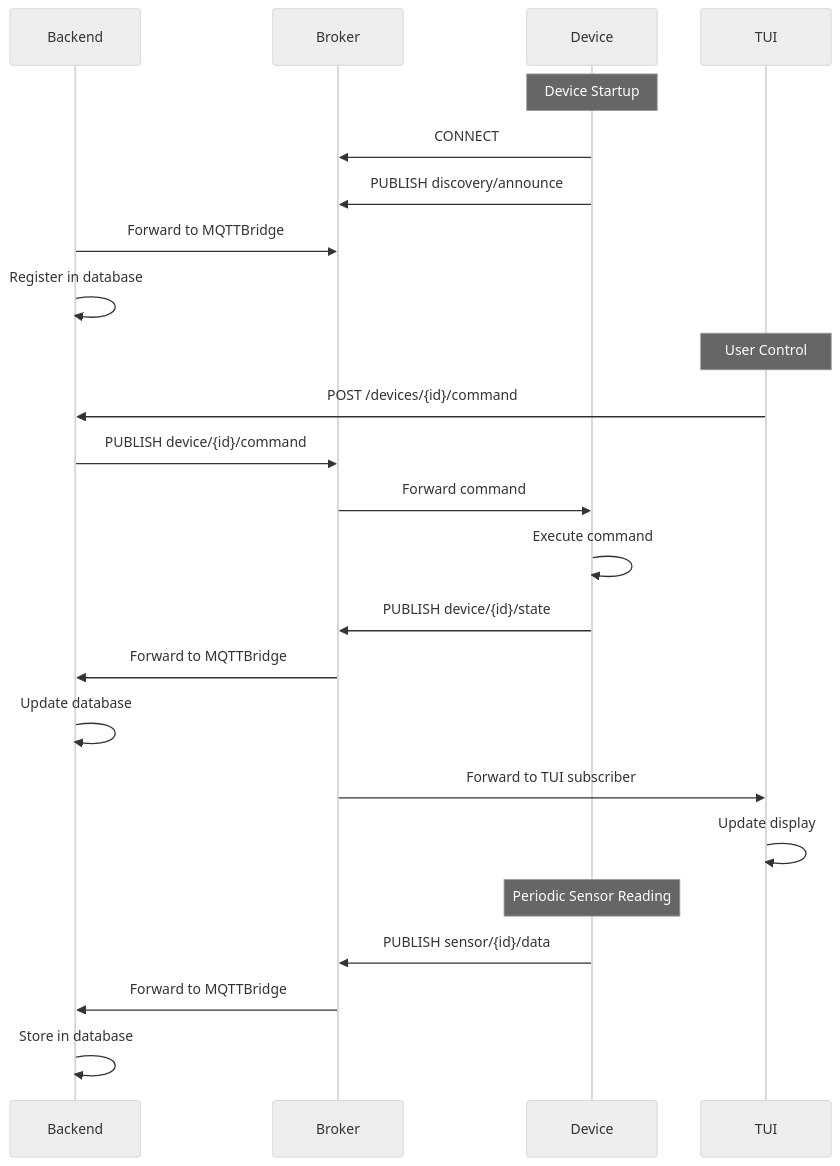
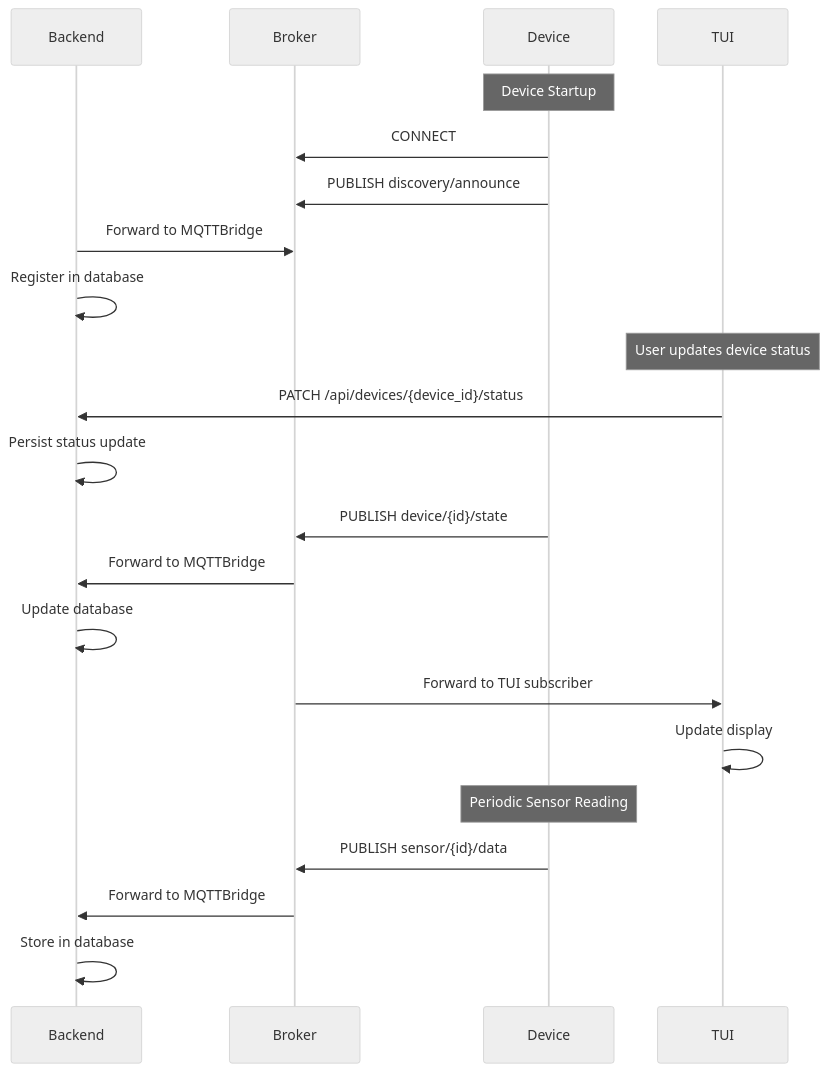
The fourth of 10 diagrams in docs/architecture.md (KrystianSpiewak/SmartNest), drawn with Mermaid (neutral theme) before and after one commit. The commit also changed other lines of this file and 12 other files, not shown here.

````diff
--- a/docs/architecture.md
+++ b/docs/architecture.md
@@ -301,29 +256,27 @@
 ```mermaid
 sequenceDiagram
     participant Backend
     participant Broker
     participant Device
     participant TUI
 
     Note over Device: Device Startup
     Device->>Broker: CONNECT
     Device->>Broker: PUBLISH discovery/announce
     Backend->>Broker: Forward to MQTTBridge
     Backend->>Backend: Register in database
     
-    Note over TUI: User Control
-    TUI->>Backend: POST /devices/{id}/command
-    Backend->>Broker: PUBLISH device/{id}/command
-    Broker->>Device: Forward command
-    Device->>Device: Execute command
+    Note over TUI: User updates device status
+    TUI->>Backend: PATCH /api/devices/{device_id}/status
+    Backend->>Backend: Persist status update
     Device->>Broker: PUBLISH device/{id}/state
     Broker->>Backend: Forward to MQTTBridge
     Backend->>Backend: Update database
     Broker->>TUI: Forward to TUI subscriber
     TUI->>TUI: Update display
     
     Note over Device: Periodic Sensor Reading
     Device->>Broker: PUBLISH sensor/{id}/data
     Broker->>Backend: Forward to MQTTBridge
     Backend->>Backend: Store in database
 ```
````
